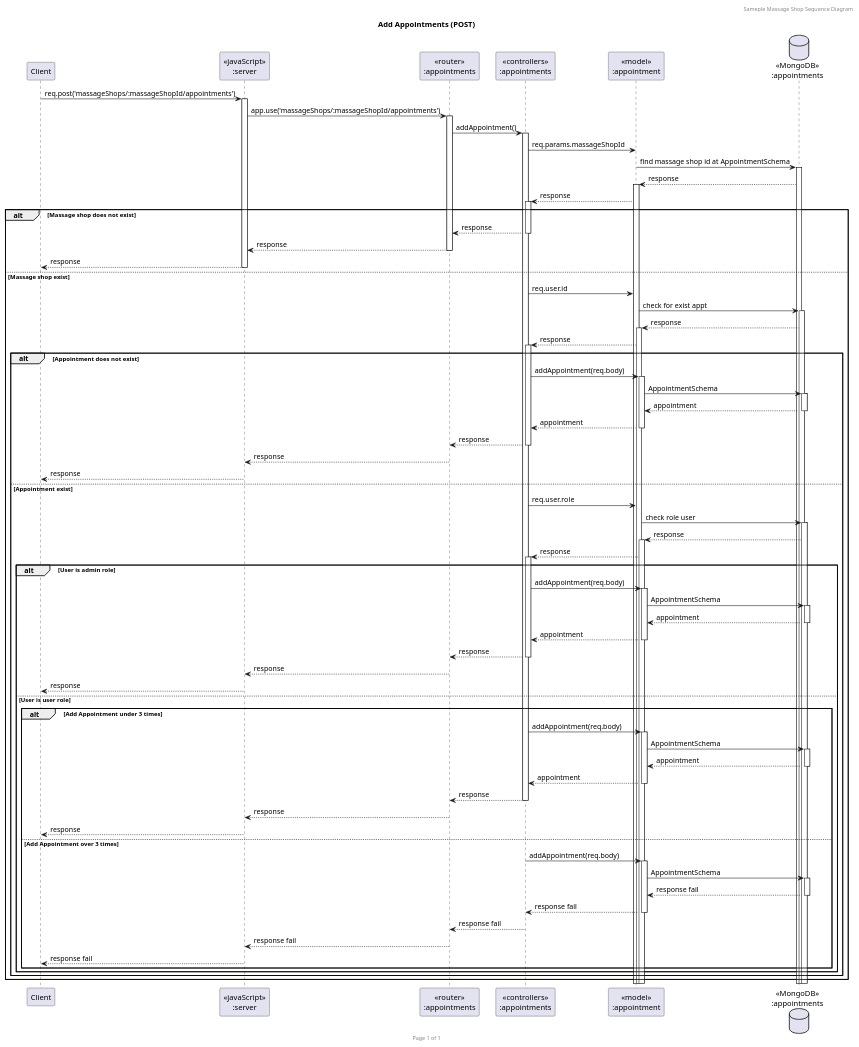
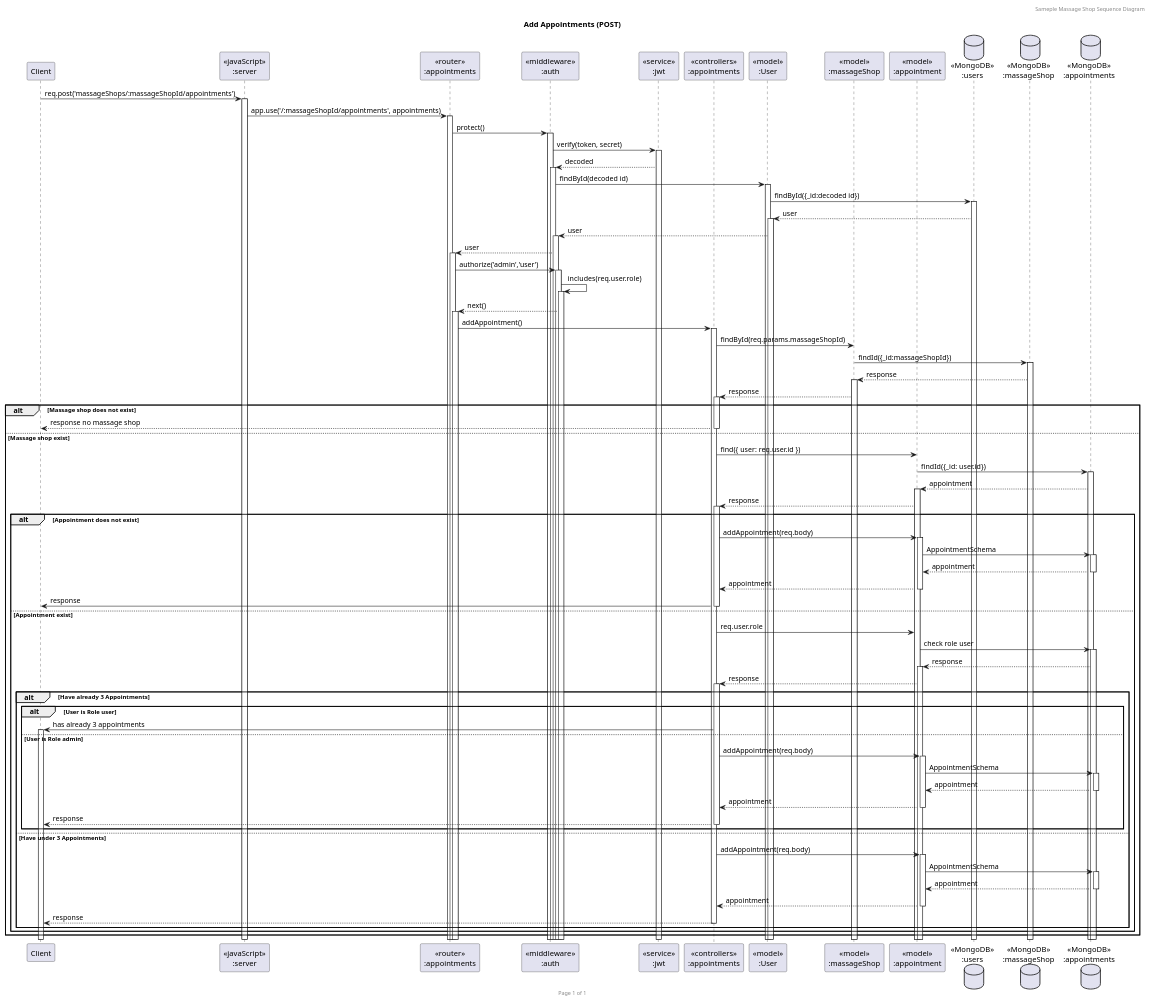
The diagram in sequence_diagram/MassageSequence_addAppt.puml (BabeTanya/massage-catherine), drawn with PlantUML before and after one commit. The commit also changed 13 other files, not shown here.

Commit message:
Revise sequence diagram and import new collection postman

```diff
--- a/sequence_diagram/MassageSequence_addAppt.puml
+++ b/sequence_diagram/MassageSequence_addAppt.puml
@@ -1,73 +1,76 @@
 @startuml Add Appointments (POST)
 
 header Sameple Massage Shop Sequence Diagram
 footer Page %page% of %lastpage%
 title "Add Appointments (POST)"
 
 participant "Client" as client
 participant "<<javaScript>>\n:server" as server
 participant "<<router>>\n:appointments" as routerAppointments
+participant "<<middleware>>\n:auth" as middleware
+participant "<<service>>\n:jwt" as service
 participant "<<controllers>>\n:appointments" as controllersAppointments
+participant "<<model>>\n:User" as modelUser
+participant "<<model>>\n:massageShop" as modelMassageShop
 participant "<<model>>\n:appointment" as modelAppointment
+database "<<MongoDB>>\n:users" as UsersDatabase
+database "<<MongoDB>>\n:massageShop" as MassageShopsDatabase
 database "<<MongoDB>>\n:appointments" as AppointmentsDatabase
 
 client->server ++:req.post('massageShops/:massageShopId/appointments')
-server->routerAppointments ++:app.use('massageShops/:massageShopId/appointments')
+server->routerAppointments ++:app.use('/:massageShopId/appointments', appointments)
+routerAppointments -> middleware ++:protect()
+middleware -> service ++:verify(token, secret)
+middleware <-- service ++:decoded
+middleware -> modelUser ++:findById(decoded id)
+modelUser -> UsersDatabase ++:findById({_id:decoded id})
+modelUser <-- UsersDatabase ++:user
+middleware <-- modelUser ++:user
+routerAppointments <-- middleware ++:user
+routerAppointments -> middleware ++:authorize('admin','user')
+middleware -> middleware ++:includes(req.user.role)
+routerAppointments <-- middleware ++:next()
 routerAppointments -> controllersAppointments ++:addAppointment()
-controllersAppointments->modelAppointment: req.params.massageShopId
-modelAppointment ->AppointmentsDatabase ++: find massage shop id at AppointmentSchema
-modelAppointment <-- AppointmentsDatabase ++: response
-controllersAppointments <-- modelAppointment ++: response
+controllersAppointments->modelMassageShop: findById(req.params.massageShopId)
+modelMassageShop ->MassageShopsDatabase ++: findId({_id:massageShopId})
+modelMassageShop <-- MassageShopsDatabase ++: response
+controllersAppointments <-- modelMassageShop ++: response
 alt Massage shop does not exist
-  routerAppointments <-- controllersAppointments --:response
-  server <-- routerAppointments --:response
-  client <-- server --:response
+  client <-- controllersAppointments --:response no massage shop
 else Massage shop exist
-  controllersAppointments->modelAppointment: req.user.id
-  modelAppointment ->AppointmentsDatabase ++: check for exist appt
-  modelAppointment <-- AppointmentsDatabase ++: response
+  controllersAppointments->modelAppointment: find({ user: req.user.id })
+  modelAppointment ->AppointmentsDatabase ++: findId({_id: user.id})
+  modelAppointment <-- AppointmentsDatabase ++: appointment
   controllersAppointments <-- modelAppointment ++: response
   alt Appointment does not exist
     controllersAppointments->modelAppointment ++:addAppointment(req.body)
     modelAppointment ->AppointmentsDatabase ++: AppointmentSchema
     AppointmentsDatabase --> modelAppointment --: appointment
     controllersAppointments <-- modelAppointment --:appointment
-    routerAppointments <-- controllersAppointments --:response
-    server <-- routerAppointments --:response
-    client <-- server --:response
+    client <- controllersAppointments --:response
   else Appointment exist
     controllersAppointments->modelAppointment: req.user.role
     modelAppointment ->AppointmentsDatabase ++: check role user
     modelAppointment <-- AppointmentsDatabase ++: response
     controllersAppointments <-- modelAppointment ++: response
-    alt User is admin role
+    alt Have already 3 Appointments
+      alt User is Role user
+        client <- controllersAppointments ++: has already 3 appointments
+      else User is Role admin
+        controllersAppointments->modelAppointment ++:addAppointment(req.body)
+      modelAppointment ->AppointmentsDatabase ++: AppointmentSchema
+      AppointmentsDatabase --> modelAppointment --: appointment
+      controllersAppointments <-- modelAppointment --:appointment
+      client <-- controllersAppointments --:response
+      end
+    else Have under 3 Appointments
       controllersAppointments->modelAppointment ++:addAppointment(req.body)
       modelAppointment ->AppointmentsDatabase ++: AppointmentSchema
       AppointmentsDatabase --> modelAppointment --: appointment
       controllersAppointments <-- modelAppointment --:appointment
-      routerAppointments <-- controllersAppointments --:response
-      server <-- routerAppointments --:response
-      client <-- server --:response
-    else User is user role
-      alt Add Appointment under 3 times
-        controllersAppointments->modelAppointment ++:addAppointment(req.body)
-        modelAppointment ->AppointmentsDatabase ++: AppointmentSchema
-        AppointmentsDatabase --> modelAppointment --: appointment
-        controllersAppointments <-- modelAppointment --:appointment
-        routerAppointments <-- controllersAppointments --:response
-        server <-- routerAppointments --:response
-        client <-- server --:response
-      else Add Appointment over 3 times
-        controllersAppointments->modelAppointment ++:addAppointment(req.body)
-        modelAppointment ->AppointmentsDatabase ++: AppointmentSchema
-        AppointmentsDatabase --> modelAppointment --: response fail
-        controllersAppointments <-- modelAppointment --: response fail
-        routerAppointments <-- controllersAppointments --:response fail
-        server <-- routerAppointments --:response fail
-        client <-- server --:response fail
-      end
+      client <-- controllersAppointments --:response
     end
   end
 end
 
 @enduml
```
